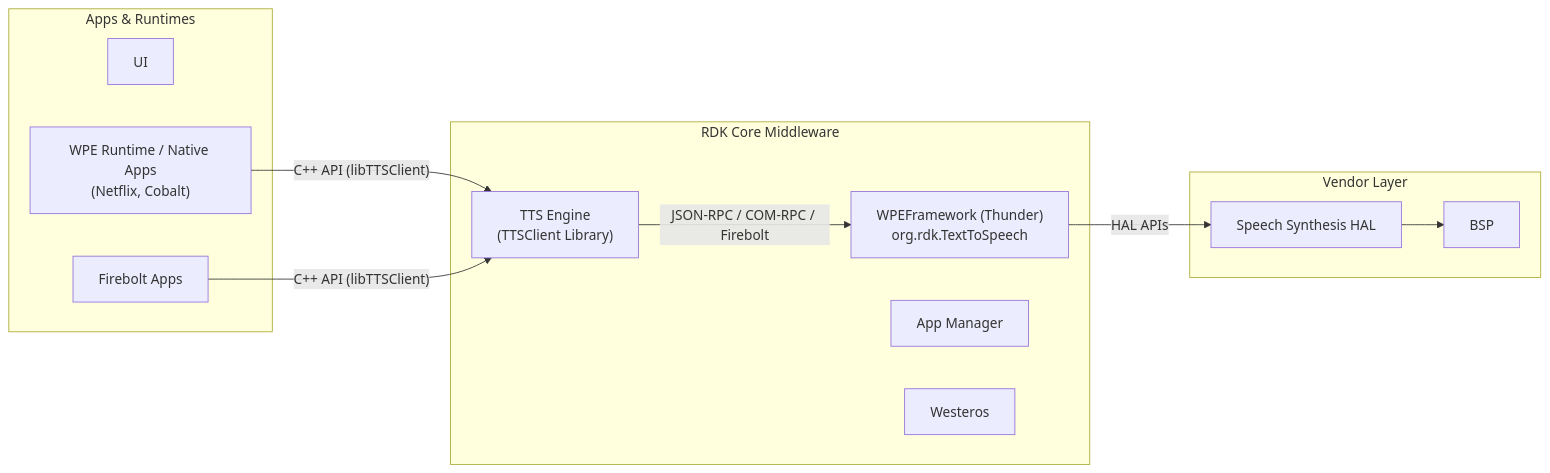
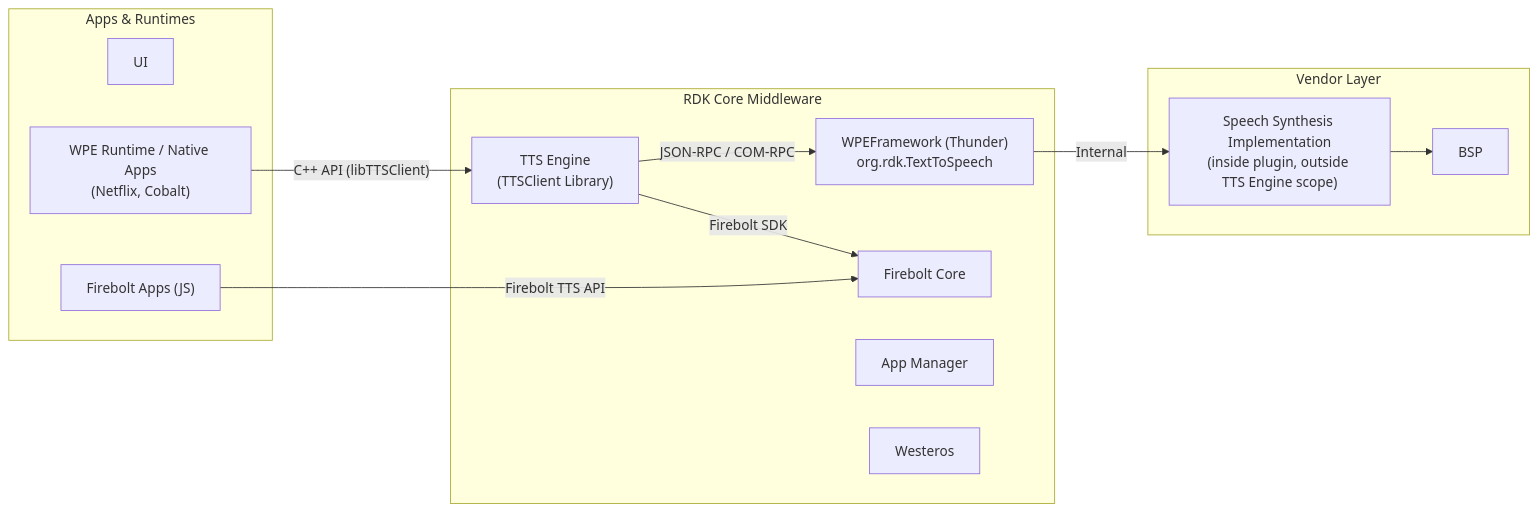
Before and after one commit to rns21/RDK_Documentation: the first of 7 diagrams in docs/docu/RDKV-Documentations/tts_engine.md, drawn with Mermaid. The commit also changed other lines of this file, not shown here.

First line of the commit message:
Address internal review comments

````diff
--- a/docs/docu/RDKV-Documentations/tts_engine.md
+++ b/docs/docu/RDKV-Documentations/tts_engine.md
@@ -9,36 +9,38 @@
 ```mermaid
 flowchart LR
 
 %% Styles
 classDef Apps stroke:#00B9F1,fill:#E6F7FD,stroke-width:2px;
 classDef RDKMW stroke:#75D701,fill:#F1FFE6,stroke-width:2px;
 classDef VL stroke:#808080,fill:#F2F2F2,stroke-width:2px;
 
 %% Apps Layer
     subgraph Apps["Apps & Runtimes"]
         RDKUI["UI"]
-        FBApps["Firebolt Apps"]
+        FBApps["Firebolt Apps (JS)"]
         WPE_RT["WPE Runtime / Native Apps\n(Netflix, Cobalt)"]
     end
 
 %% Middleware
     subgraph RDKMW["RDK Core Middleware"]
-        TTSClient["TTS Engine\n(TTSClient Library)"]
+        TTSEngine["TTS Engine\n(TTSClient Library)"]
         Thunder["WPEFramework (Thunder)\norg.rdk.TextToSpeech"]
+        FBCore["Firebolt Core"]
         AM["App Manager"]
         Westeros["Westeros"]
     end
 
 %% Vendor Layer
     subgraph VL["Vendor Layer"]
-        HAL["Speech Synthesis HAL"]
+        HAL["Speech Synthesis Implementation\n(inside plugin, outside TTS Engine scope)"]
         BSP["BSP"]
     end
 
     %% Connections
-    WPE_RT -->|"C++ API (libTTSClient)"| TTSClient
-    FBApps -->|"C++ API (libTTSClient)"| TTSClient
-    TTSClient -->|"JSON-RPC / COM-RPC / Firebolt"| Thunder
-    Thunder -->|HAL APIs| HAL
+    WPE_RT -->|"C++ API (libTTSClient)"| TTSEngine
+    FBApps -->|"Firebolt TTS API"| FBCore
+    TTSEngine -->|"JSON-RPC / COM-RPC"| Thunder
+    TTSEngine -->|"Firebolt SDK"| FBCore
+    Thunder -->|Internal| HAL
     HAL --> BSP
 ```
````
